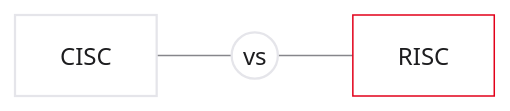
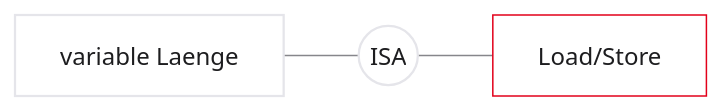
The third of 17 diagrams in vorlesungen/02_riscv-basics.qmd (dantschi/mct1), drawn with Mermaid before and after one commit. The commit also changed other lines of this file and 6 other files, not shown here.

Commit message:
Erweitere die Notizen zu RISC-V Basics und korrigiere ISA-, Shift- und Immediate-Aussagen.

````diff
--- a/vorlesungen/02_riscv-basics.qmd
+++ b/vorlesungen/02_riscv-basics.qmd
@@ -89,10 +118,10 @@
 ```{mermaid}
 %%| fig-width: 3.5
 %%{init: {'theme': 'base', 'themeVariables': {'background': '#FFFFFF', 'primaryColor': '#FFFFFF', 'primaryBorderColor': '#E5E5EA', 'primaryTextColor': '#1D1D1F', 'lineColor': '#86868B', 'secondaryColor': '#F5F5F7', 'tertiaryColor': '#FFFFFF', 'mainBkg': '#FFFFFF', 'nodeBorder': '#E5E5EA', 'clusterBkg': '#F5F5F7', 'clusterBorder': '#E5E5EA', 'titleColor': '#1D1D1F', 'edgeLabelBackground': '#FFFFFF'}}}%%
 graph LR
-  CISC[CISC] --- VS((vs))
-  VS --- RISC[RISC]
+  CISC["variable Laenge"] --- VS((ISA))
+  VS --- RISC["Load/Store"]
   style RISC fill:#FFFFFF,stroke:#E2001A,stroke-width:2px !important
   style CISC fill:#FFFFFF,stroke:#E5E5EA,stroke-width:1.5px
   style VS fill:#FFFFFF,stroke:#E5E5EA,stroke-width:1.5px
 ```
````
